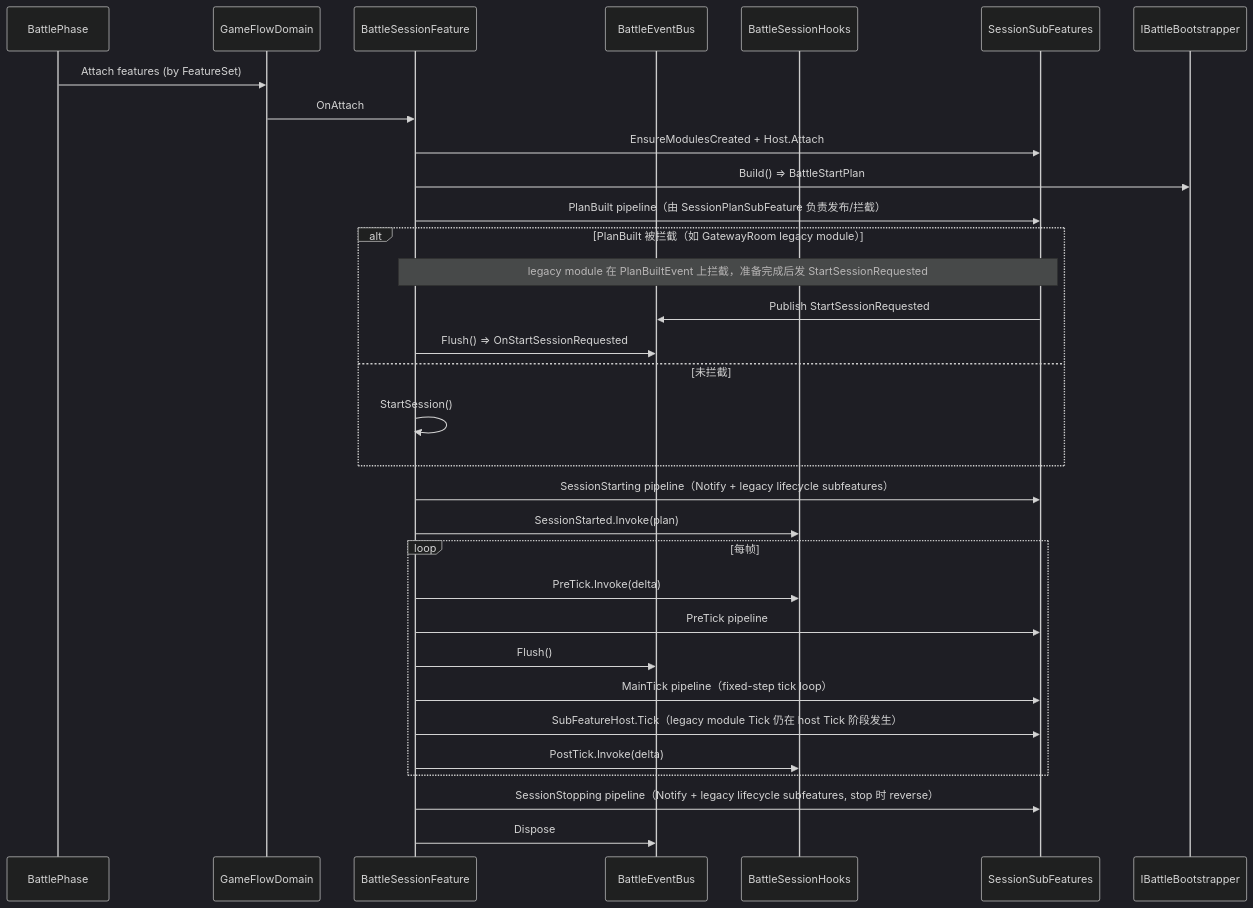
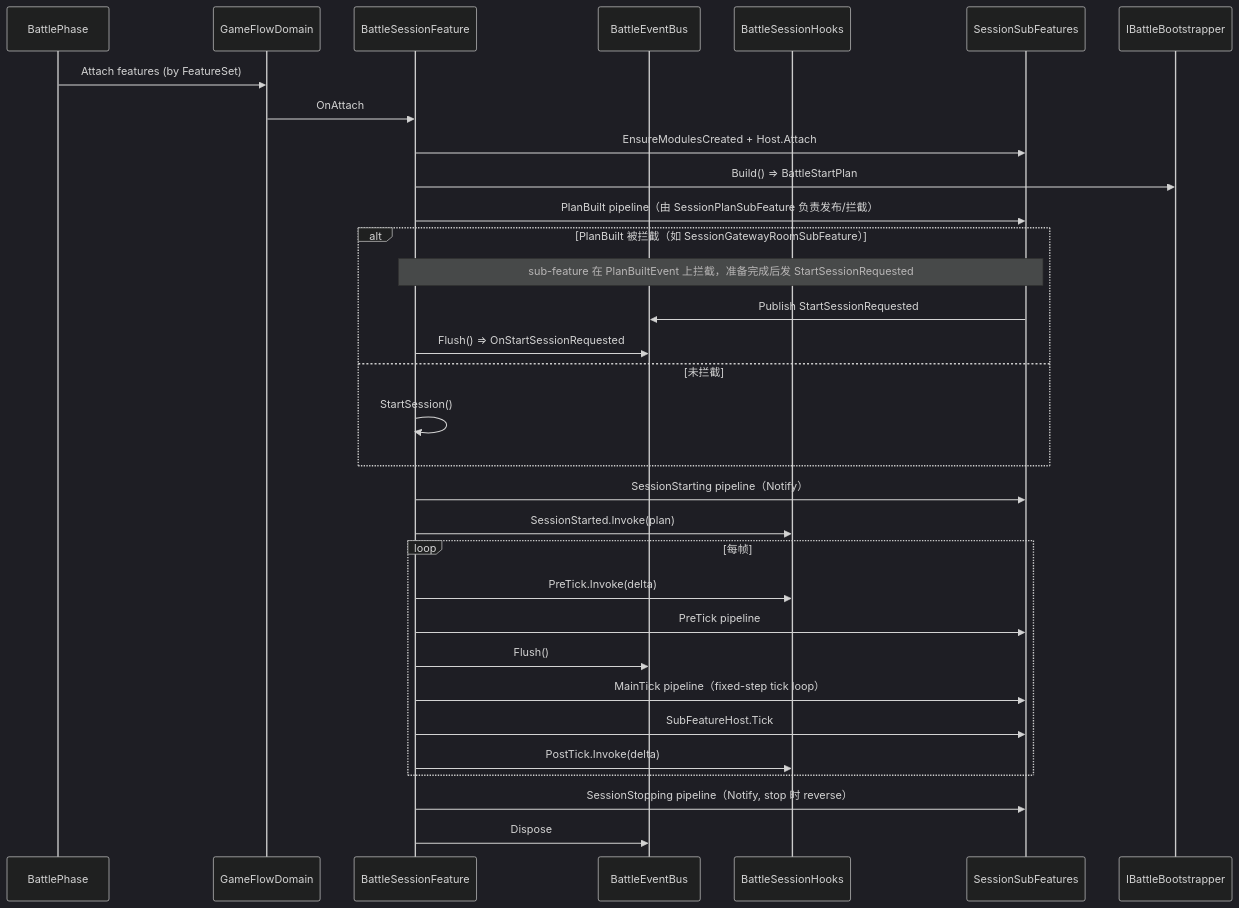
The second of 4 diagrams in Unity/Packages/com.abilitykit.demo.moba.view.runtime/Document/BattleFlowDesign.md (HOBOBO/AbilityKit), drawn with Mermaid (dark theme) before and after one commit. The commit also changed other lines of this file and 148 other files, not shown here.

````diff
--- a/Unity/Packages/com.abilitykit.demo.moba.view.runtime/Document/BattleFlowDesign.md
+++ b/Unity/Packages/com.abilitykit.demo.moba.view.runtime/Document/BattleFlowDesign.md
@@ -193,40 +183,40 @@
 ```mermaid
 sequenceDiagram
   participant BP as BattlePhase
   participant GFD as GameFlowDomain
   participant Sess as BattleSessionFeature
   participant Bus as BattleEventBus
   participant Hooks as BattleSessionHooks
   participant SF as SessionSubFeatures
   participant Boot as IBattleBootstrapper
 
   BP->>GFD: Attach features (by FeatureSet)
   GFD->>Sess: OnAttach
   Sess->>SF: EnsureModulesCreated + Host.Attach
 
   Sess->>Boot: Build() => BattleStartPlan
   Sess->>SF: PlanBuilt pipeline（由 SessionPlanSubFeature 负责发布/拦截）
 
-  alt PlanBuilt 被拦截（如 GatewayRoom legacy module）
-    Note over Sess,SF: legacy module 在 PlanBuiltEvent 上拦截，准备完成后发 StartSessionRequested
+  alt PlanBuilt 被拦截（如 SessionGatewayRoomSubFeature）
+    Note over Sess,SF: sub-feature 在 PlanBuiltEvent 上拦截，准备完成后发 StartSessionRequested
     SF->>Bus: Publish StartSessionRequested
     Sess->>Bus: Flush() => OnStartSessionRequested
   else 未拦截
     Sess->>Sess: StartSession()
   end
 
-  Sess->>SF: SessionStarting pipeline（Notify + legacy lifecycle subfeatures）
+  Sess->>SF: SessionStarting pipeline（Notify）
   Sess->>Hooks: SessionStarted.Invoke(plan)
 
   loop 每帧
     Sess->>Hooks: PreTick.Invoke(delta)
     Sess->>SF: PreTick pipeline
     Sess->>Bus: Flush()
     Sess->>SF: MainTick pipeline（fixed-step tick loop）
-    Sess->>SF: SubFeatureHost.Tick（legacy module Tick 仍在 host Tick 阶段发生）
+    Sess->>SF: SubFeatureHost.Tick
     Sess->>Hooks: PostTick.Invoke(delta)
   end
 
-  Sess->>SF: SessionStopping pipeline（Notify + legacy lifecycle subfeatures, stop 时 reverse）
+  Sess->>SF: SessionStopping pipeline（Notify, stop 时 reverse）
   Sess->>Bus: Dispose
 ```
````
